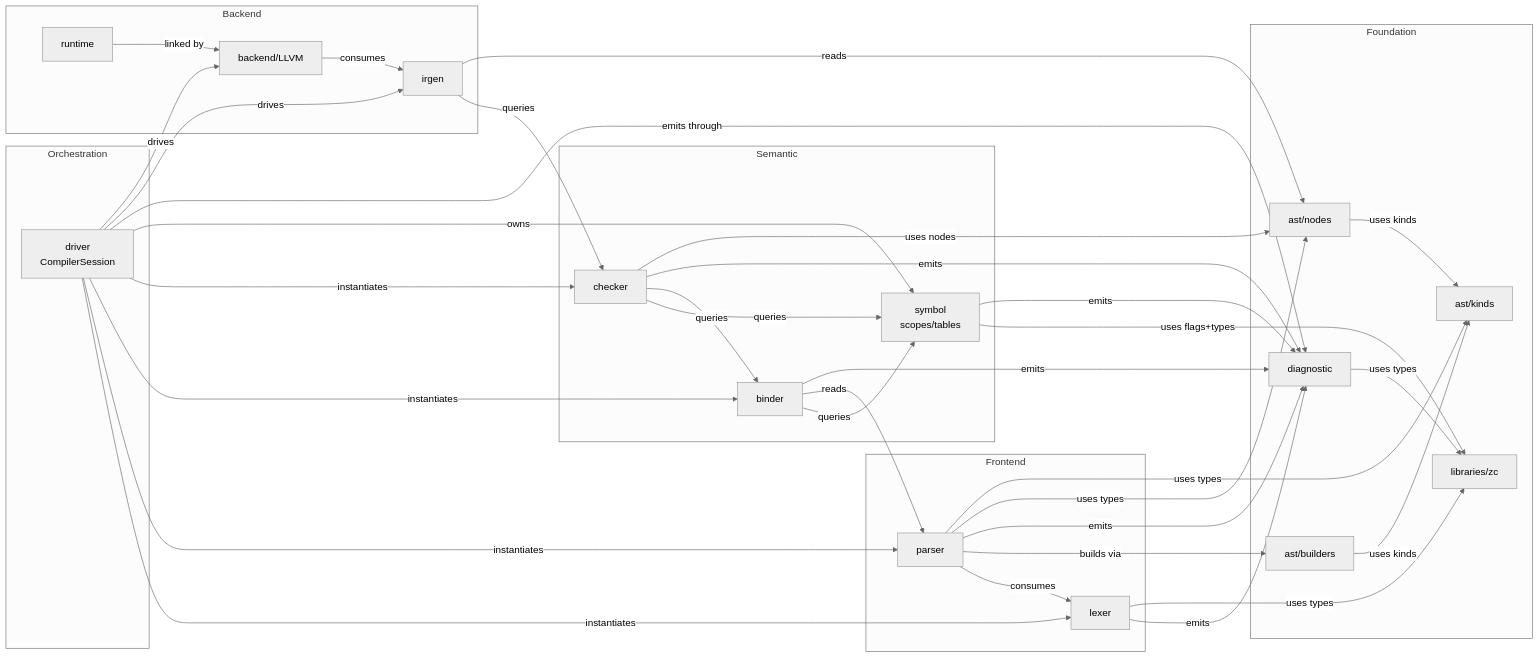
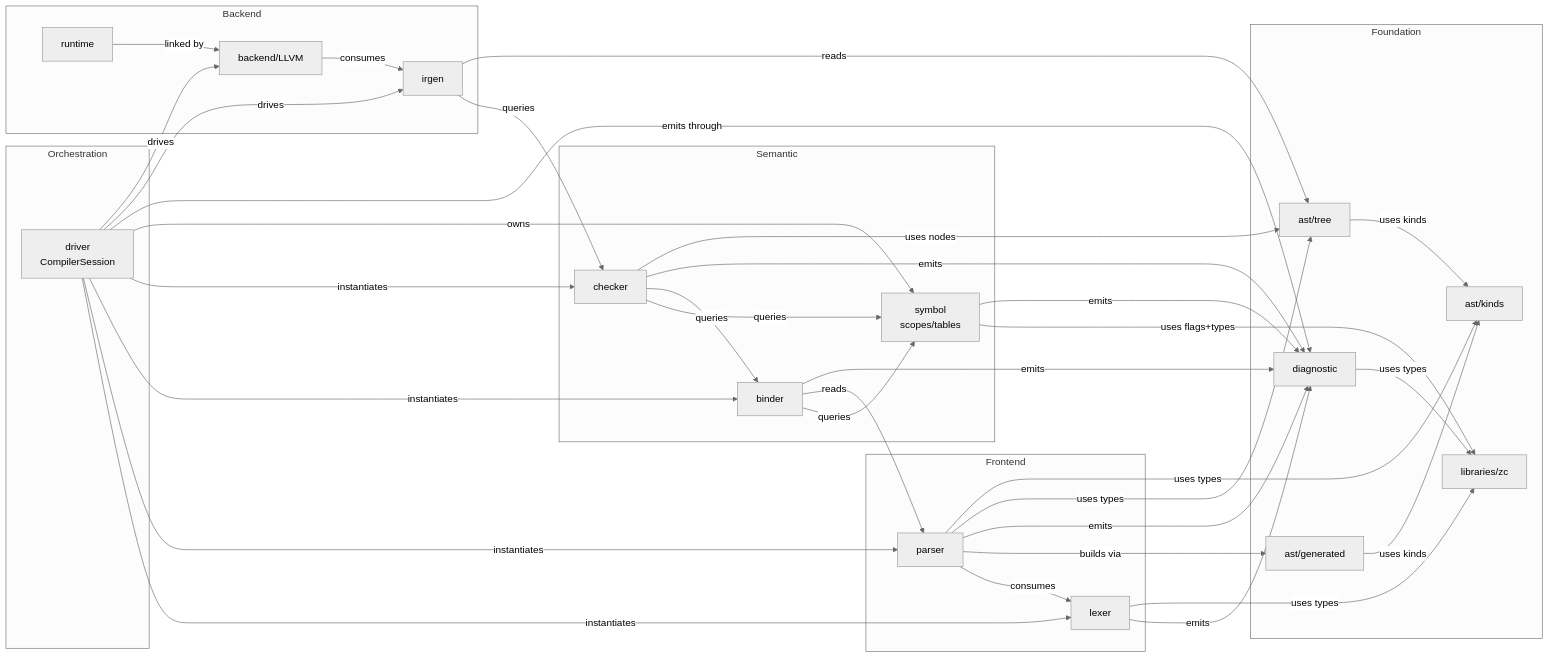
Before and after one commit to Zzzode/ZOM: the second of 3 diagrams in docs/design/architecture.md, drawn with Mermaid (neutral theme). The commit also changed other lines of this file and 159 other files, not shown here.

First line of the commit message:
feat(ast)!: replace legacy AST hierarchy with schema tree

````diff
--- a/docs/design/architecture.md
+++ b/docs/design/architecture.md
@@ -183,59 +189,59 @@
 ```mermaid
 graph LR
     subgraph Orchestration
         DRV[driver<br/>CompilerSession]
     end
     subgraph Semantic
         BND[binder]
         SYM[symbol<br/>scopes/tables]
         CHK[checker]
     end
     subgraph Frontend
         LEX[lexer]
         PAR[parser]
     end
     subgraph Foundation
         ASTK[ast/kinds]
-        ASTN[ast/nodes]
-        ASTB[ast/builders]
+        ASTN[ast/tree]
+        ASTB[ast/generated]
         DIA[diagnostic]
         ZC[libraries/zc]
     end
     subgraph Backend
         IRG[irgen]
         BCK[backend/LLVM]
         RTM[runtime]
     end
 
     DRV -->|instantiates| LEX
     DRV -->|instantiates| PAR
     DRV -->|instantiates| BND
     DRV -->|instantiates| CHK
     DRV -->|owns| SYM
     DRV -->|emits through| DIA
     DRV -->|drives| IRG
     DRV -->|drives| BCK
     CHK -->|queries| SYM
     CHK -->|queries| BND
     CHK -->|emits| DIA
     BND -->|queries| SYM
     BND -->|reads| PAR
     BND -->|emits| DIA
     PAR -->|consumes| LEX
     PAR -->|builds via| ASTB
     PAR -->|emits| DIA
     LEX -->|emits| DIA
     LEX -->|uses types| ZC
     PAR -->|uses types| ASTN
     PAR -->|uses types| ASTK
     ASTB -->|uses kinds| ASTK
     ASTN -->|uses kinds| ASTK
     SYM -->|uses flags+types| ZC
     CHK -->|uses nodes| ASTN
     IRG -->|queries| CHK
     IRG -->|reads| ASTN
     BCK -->|consumes| IRG
     RTM -->|linked by| BCK
     DIA -->|uses types| ZC
     SYM -->|emits| DIA
 ```
````
